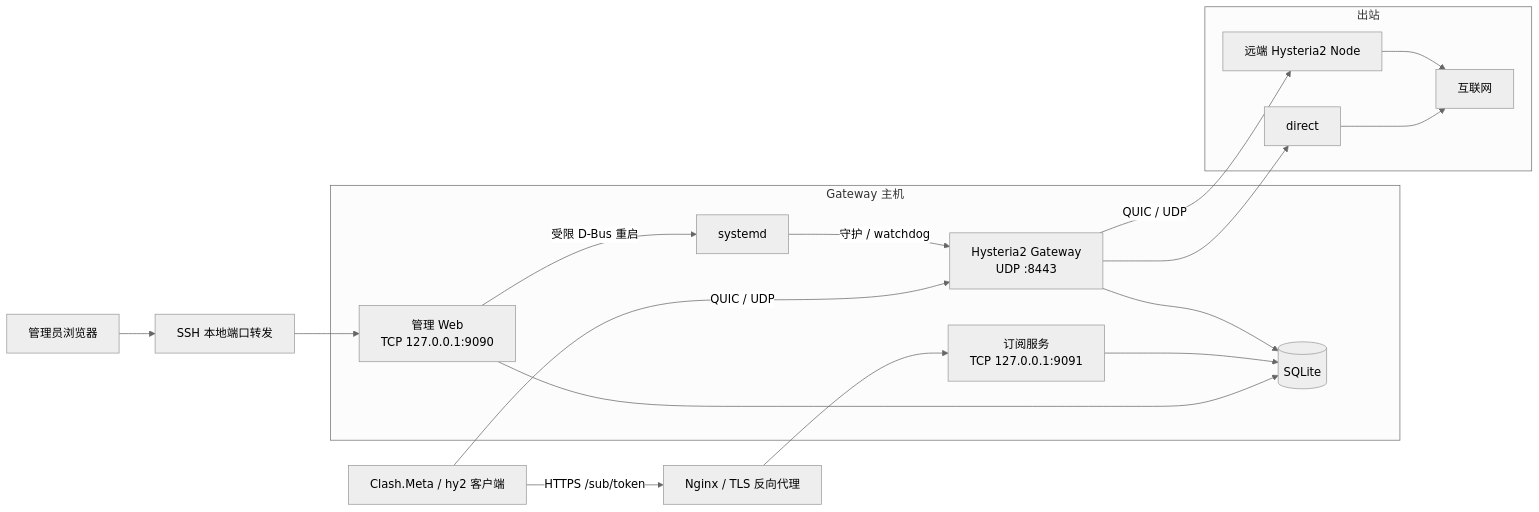
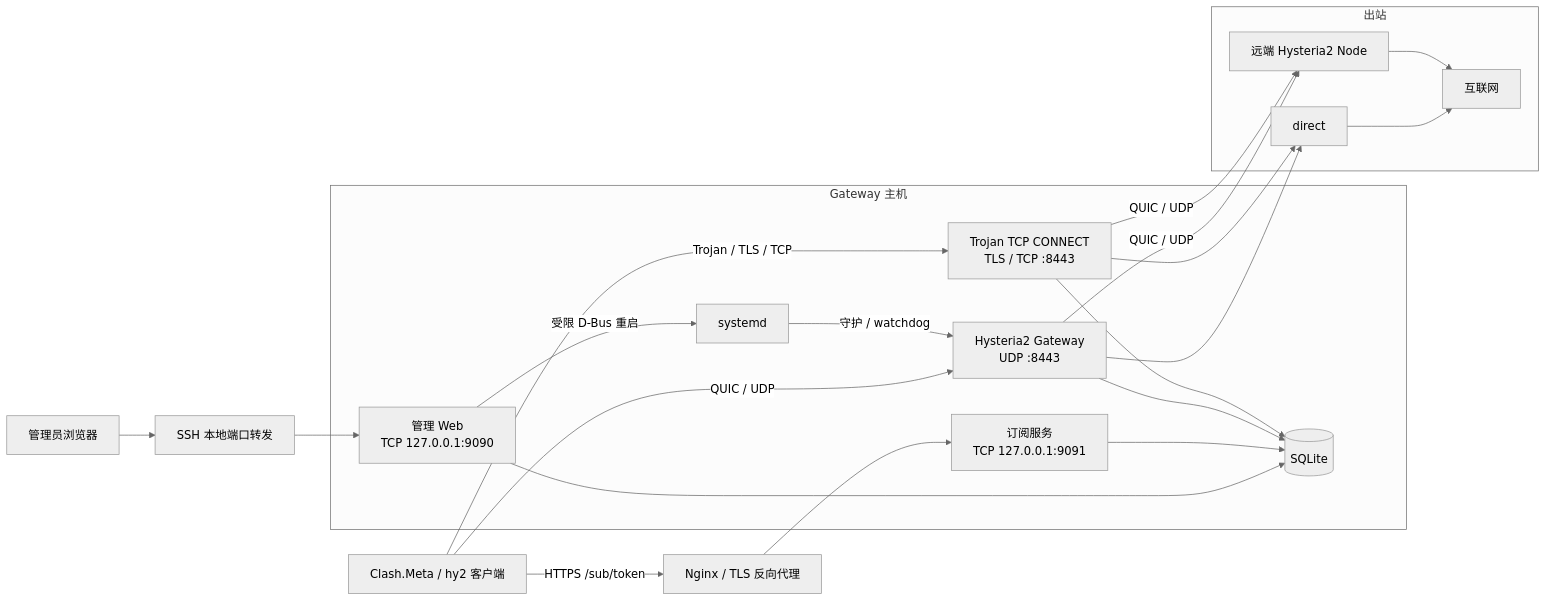
One commit to clayicarus/proxy-gateway changed the first of 2 diagrams in docs/ARCHITECTURE.md. Above: the diagram before and after it, drawn with Mermaid (neutral theme). The commit also changed other lines of this file and 38 other files, not shown here.

Commit message:
Add Trojan TCP inbound and harden shared traffic lifecycle

````diff
--- a/docs/ARCHITECTURE.md
+++ b/docs/ARCHITECTURE.md
@@ -7,32 +7,37 @@
 ```mermaid
 flowchart LR
     C[Clash.Meta / hy2 客户端]
     A[管理员浏览器]
     SSH[SSH 本地端口转发]
     N[Nginx / TLS 反向代理]
 
     subgraph Gateway 主机
         G[Hysteria2 Gateway<br/>UDP :8443]
+        T[Trojan TCP CONNECT<br/>TLS / TCP :8443]
         W[管理 Web<br/>TCP 127.0.0.1:9090]
         S[订阅服务<br/>TCP 127.0.0.1:9091]
         DB[(SQLite)]
         SD[systemd]
     end
 
     subgraph 出站
         D[direct]
         H[远端 Hysteria2 Node]
         I[互联网]
     end
 
     C -->|QUIC / UDP| G
+    C -->|Trojan / TLS / TCP| T
     A --> SSH --> W
     C -->|HTTPS /sub/token| N --> S
     W --> DB
     S --> DB
     G --> DB
+    T --> DB
     W -->|受限 D-Bus 重启| SD
     SD -->|守护 / watchdog| G
     G --> D --> I
     G -->|QUIC / UDP| H --> I
+    T --> D
+    T -->|QUIC / UDP| H
 ```
````
